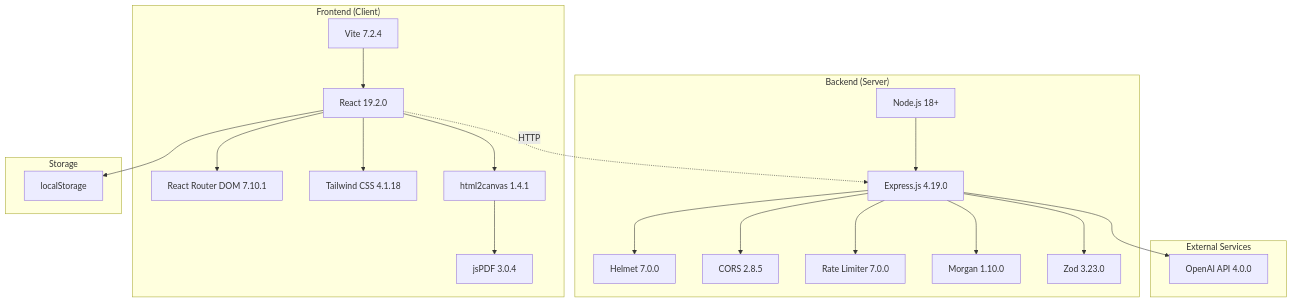
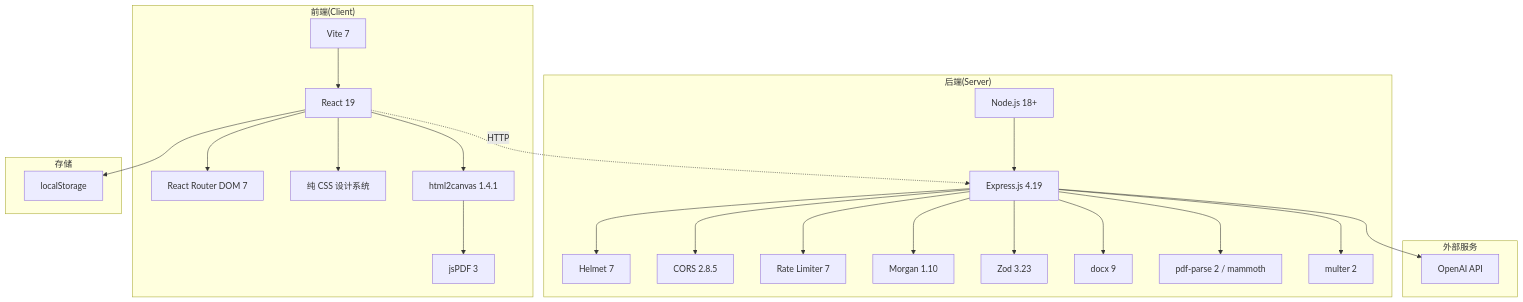
Before and after one commit to LYL-TUST/cv-tailor: the second of 4 diagrams in METHODOLOGIES_AND_FRAMEWORKS.md, drawn with Mermaid. The commit also changed other lines of this file and 2901 other files, not shown here.

````diff
--- a/METHODOLOGIES_AND_FRAMEWORKS.md
+++ b/METHODOLOGIES_AND_FRAMEWORKS.md
@@ -292,47 +320,53 @@
 ```mermaid
 graph TB
-    subgraph "Frontend (Client)"
-        A[React 19.2.0]
-        B[React Router DOM 7.10.1]
-        C[Tailwind CSS 4.1.18]
-        D[Vite 7.2.4]
+    subgraph "前端(Client)"
+        A[React 19]
+        B[React Router DOM 7]
+        C[纯 CSS 设计系统]
+        D[Vite 7]
         E[html2canvas 1.4.1]
-        F[jsPDF 3.0.4]
+        F[jsPDF 3]
     end
-    
-    subgraph "Backend (Server)"
+
+    subgraph "后端(Server)"
         G[Node.js 18+]
-        H[Express.js 4.19.0]
-        I[Helmet 7.0.0]
+        H[Express.js 4.19]
+        I[Helmet 7]
         J[CORS 2.8.5]
-        K[Rate Limiter 7.0.0]
-        L[Morgan 1.10.0]
-        M[Zod 3.23.0]
+        K[Rate Limiter 7]
+        L[Morgan 1.10]
+        M[Zod 3.23]
+        N1[docx 9]
+        N2[pdf-parse 2 / mammoth]
+        N3[multer 2]
     end
-    
-    subgraph "External Services"
-        N[OpenAI API 4.0.0]
+
+    subgraph "外部服务"
+        N[OpenAI API]
     end
-    
-    subgraph "Storage"
+
+    subgraph "存储"
         O[localStorage]
     end
-    
+
     A --> B
     A --> C
     D --> A
     A --> E
     E --> F
     A --> O
-    
+
     H --> I
     H --> J
     H --> K
     H --> L
     H --> M
+    H --> N1
+    H --> N2
+    H --> N3
     G --> H
-    
+
     H --> N
-    
+
     A -.HTTP.-> H
 ```
````
